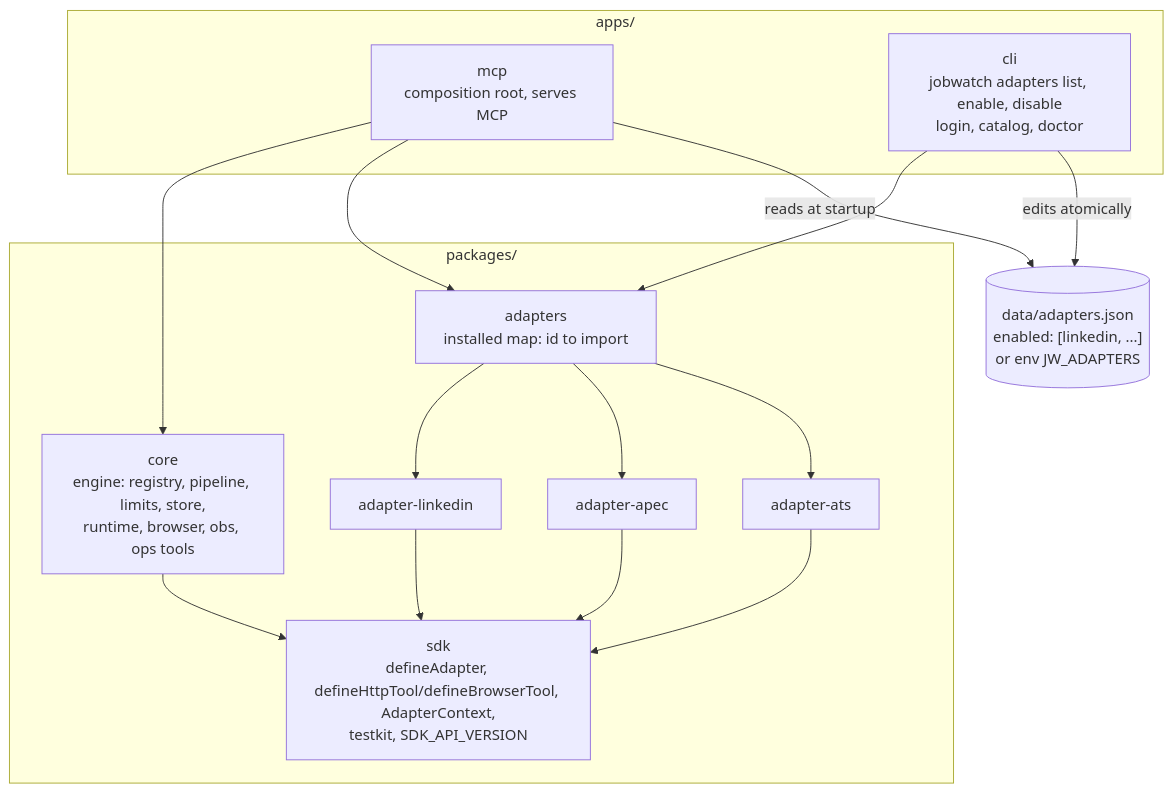
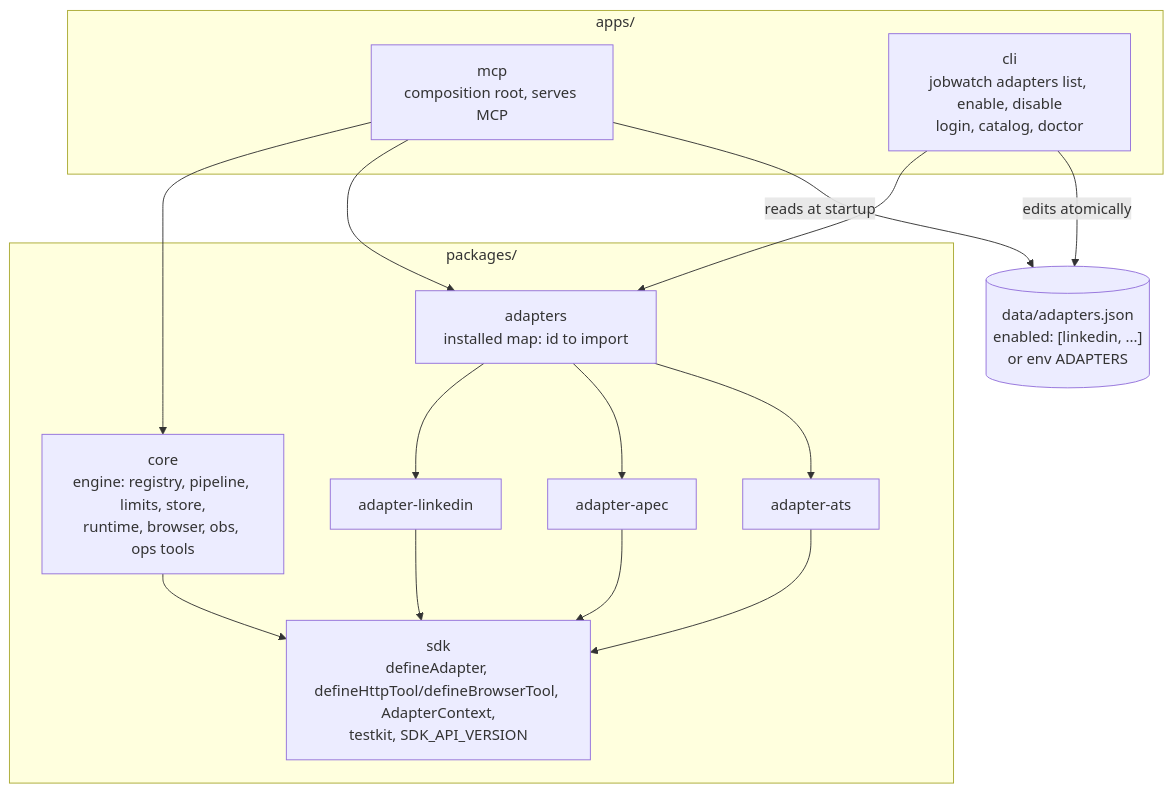
Before and after one commit to notcheu/jobwatch-mcp: the seventh of 7 diagrams in docs/plans/16-architecture-diagrams.md, drawn with Mermaid. The commit also changed other lines of this file and 83 other files, not shown here.

First line of the commit message:
refactor: drop the JW_ prefix of the environment variables, validate them with one zod schema

````diff
--- a/docs/plans/16-architecture-diagrams.md
+++ b/docs/plans/16-architecture-diagrams.md
@@ -254,29 +254,29 @@
 ```mermaid
 flowchart TB
   subgraph Apps["apps/"]
     MCP["mcp<br/>composition root, serves MCP"]
     CLI["cli<br/>jobwatch adapters list, enable, disable<br/>login, catalog, doctor"]
   end
   subgraph Pkgs["packages/"]
     Core["core<br/>engine: registry, pipeline, limits, store,<br/>runtime, browser, obs, ops tools"]
     Installed["adapters<br/>installed map: id to import"]
     SDK["sdk<br/>defineAdapter, defineHttpTool/defineBrowserTool, AdapterContext,<br/>testkit, SDK_API_VERSION"]
     AL["adapter-linkedin"]
     AA["adapter-apec"]
     AT["adapter-ats"]
   end
-  Cfg[("data/adapters.json<br/>enabled: [linkedin, ...]<br/>or env JW_ADAPTERS")]
+  Cfg[("data/adapters.json<br/>enabled: [linkedin, ...]<br/>or env ADAPTERS")]
 
   MCP --> Core
   MCP --> Installed
   CLI --> Installed
   CLI -- "edits atomically" --> Cfg
   MCP -- "reads at startup" --> Cfg
   Installed --> AL
   Installed --> AA
   Installed --> AT
   Core --> SDK
   AL --> SDK
   AA --> SDK
   AT --> SDK
 ```
````
